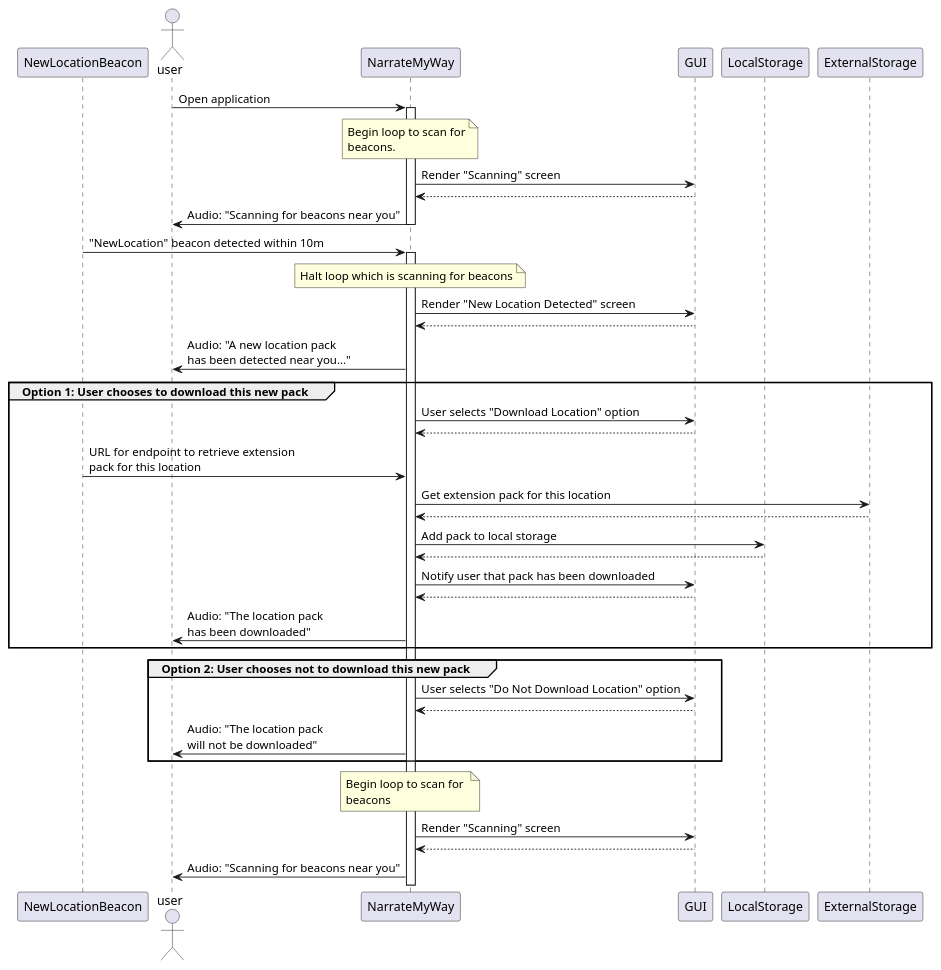
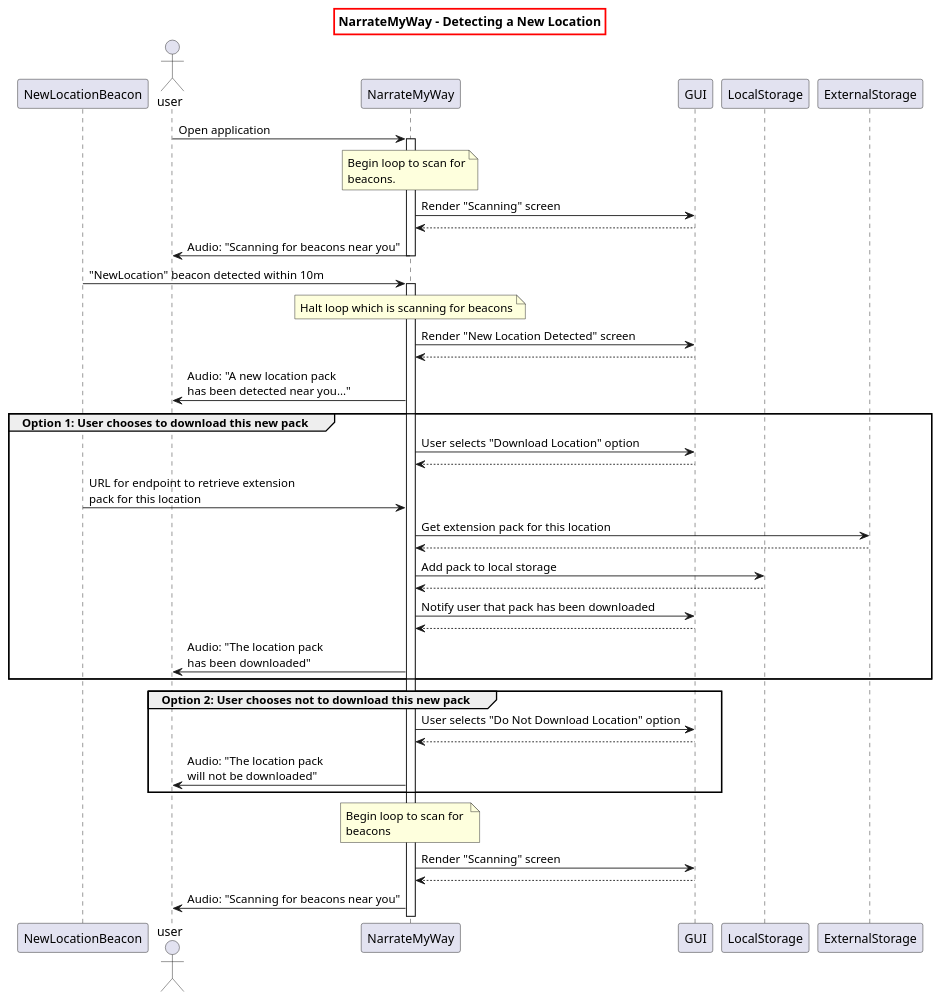
One commit to ESE-Peasy/NarrateMyWay changed the diagram in docs/images/PlantUML/nmw-main-new-location.puml. Above: the diagram before and after it, drawn with PlantUML. The commit also changed 13 other files, not shown here.

Commit message:
Added sequence diagrams and documentation

```diff
--- a/docs/images/PlantUML/nmw-main-new-location.puml
+++ b/docs/images/PlantUML/nmw-main-new-location.puml
@@ -1,62 +1,68 @@
-@startuml TestUML
+@startuml NMW-Main-New-Location
+skinparam titleBorderThickness 2
+skinparam titleBorderColor red
+skinparam titleFontStyle bold
+
+title NarrateMyWay - Detecting a New Location
+
 participant NewLocationBeacon
 actor user
 participant NarrateMyWay
 participant GUI
 participant LocalStorage
 participant ExternalStorage
 
 
 user->NarrateMyWay : Open application
 activate NarrateMyWay
 note over NarrateMyWay
     Begin loop to scan for
     beacons.     
 end note
 NarrateMyWay->GUI : Render "Scanning" screen
 NarrateMyWay<--GUI
 user <- NarrateMyWay : Audio: "Scanning for beacons near you"
 
 deactivate NarrateMyWay
 
 NarrateMyWay <- NewLocationBeacon : "NewLocation" beacon detected within 10m
 
 note over NarrateMyWay
     Halt loop which is scanning for beacons
 end note
 
 activate NarrateMyWay
 
 NarrateMyWay -> GUI : Render "New Location Detected" screen
 NarrateMyWay <-- GUI
 user <- NarrateMyWay : Audio: "A new location pack \nhas been detected near you..."
 
 group Option 1: User chooses to download this new pack
 NarrateMyWay -> GUI : User selects "Download Location" option
 NarrateMyWay <-- GUI
 NarrateMyWay <- NewLocationBeacon : URL for endpoint to retrieve extension \npack for this location
 NarrateMyWay -> ExternalStorage : Get extension pack for this location
 NarrateMyWay <-- ExternalStorage
 NarrateMyWay -> LocalStorage : Add pack to local storage
 NarrateMyWay <-- LocalStorage
 NarrateMyWay -> GUI : Notify user that pack has been downloaded
 NarrateMyWay <-- GUI
 user <- NarrateMyWay : Audio: "The location pack \nhas been downloaded"
 end
 
 group Option 2: User chooses not to download this new pack
 NarrateMyWay -> GUI : User selects "Do Not Download Location" option
 NarrateMyWay <-- GUI
 user <- NarrateMyWay : Audio: "The location pack \nwill not be downloaded"
 end
 
 note over NarrateMyWay
     Begin loop to scan for 
     beacons
 end note
 
 NarrateMyWay -> GUI : Render "Scanning" screen
 NarrateMyWay <-- GUI
 user <- NarrateMyWay : Audio: "Scanning for beacons near you"
 
 @enduml
```
